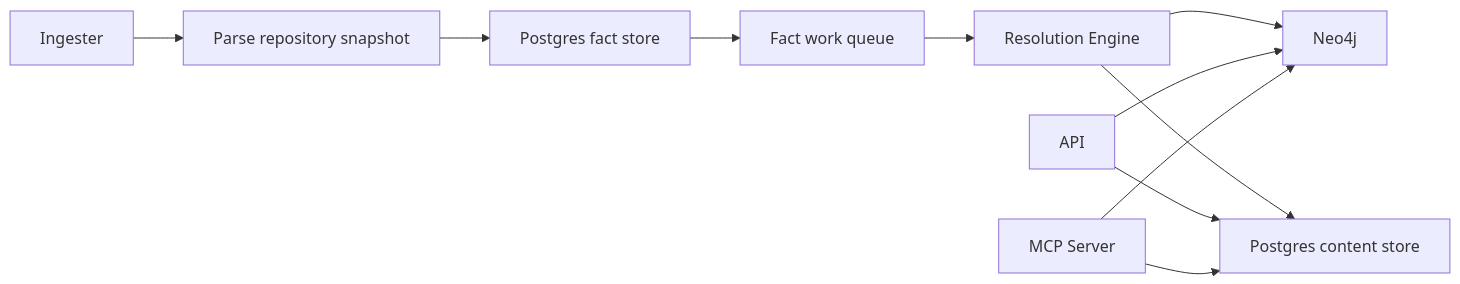
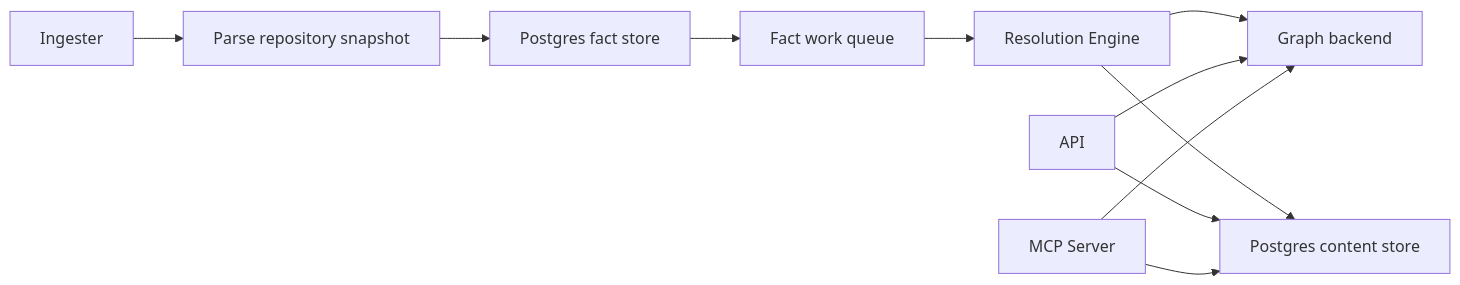
One commit to platformcontext/platform-context-graph changed the first of 2 diagrams in docs/docs/deployment/service-runtimes.md. Above: the diagram before and after it, drawn with Mermaid. The commit also changed other lines of this file and 90 other files, not shown here.

````diff
--- a/docs/docs/deployment/service-runtimes.md
+++ b/docs/docs/deployment/service-runtimes.md
@@ -170,13 +174,13 @@
 ```mermaid
 flowchart LR
   A["Ingester"] --> B["Parse repository snapshot"]
   B --> C["Postgres fact store"]
   C --> D["Fact work queue"]
   D --> E["Resolution Engine"]
-  E --> F["Neo4j"]
+  E --> F["Graph backend"]
   E --> G["Postgres content store"]
   H["API"] --> F
   H --> G
   I["MCP Server"] --> F
   I --> G
 ```
````
